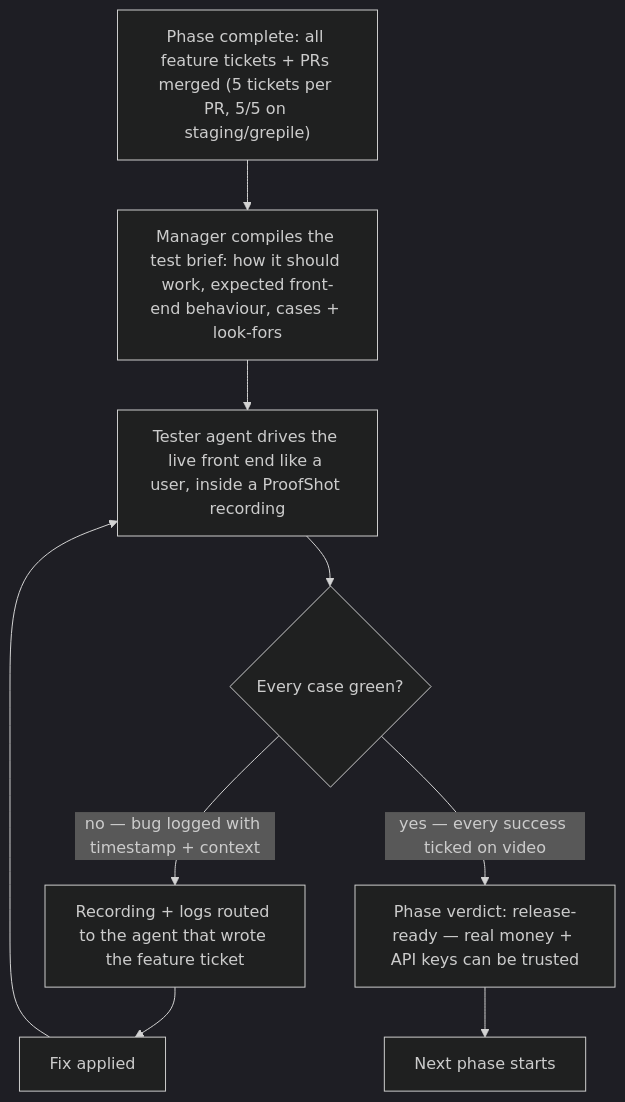
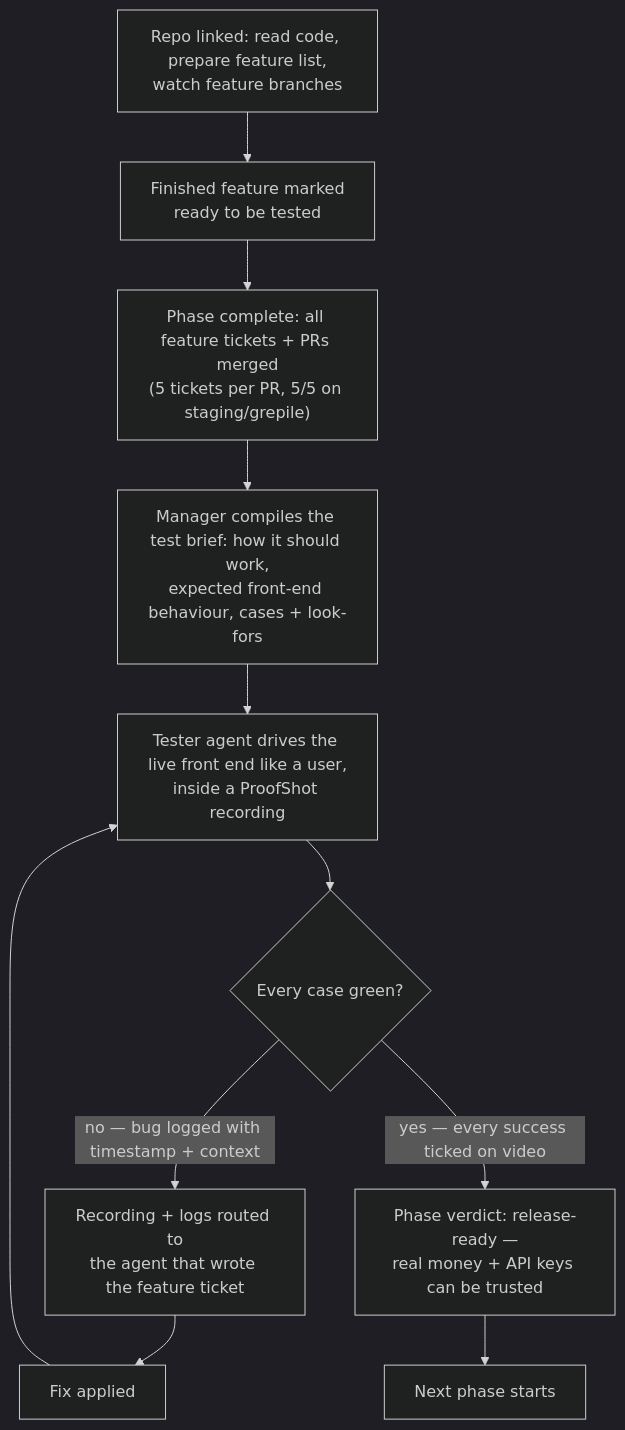
One commit to TR3-AI/idea-slicer changed the first of 2 diagrams in maps/production-user-testing.md. Above: the diagram before and after it, drawn with Mermaid (dark theme). The commit also changed other lines of this file, not shown here.

Commit message:
Slice thought #12: codebase link department (repo ingestion + branch watch + ready-to-test)

````diff
--- a/maps/production-user-testing.md
+++ b/maps/production-user-testing.md
@@ -17,10 +17,12 @@
 ```mermaid
 flowchart TD
-  A["Phase complete: all feature tickets + PRs merged (5 tickets per PR, 5/5 on staging/grepile)"] --> B["Manager compiles the test brief: how it should work, expected front-end behaviour, cases + look-fors"]
-  B --> C["Tester agent drives the live front end like a user, inside a ProofShot recording"]
+  R["Repo linked: read code, prepare feature list,<br>watch feature branches"] --> RT["Finished feature marked<br>ready to be tested"]
+  RT --> A["Phase complete: all feature tickets + PRs merged<br>(5 tickets per PR, 5/5 on staging/grepile)"]
+  A --> B["Manager compiles the test brief: how it should work,<br>expected front-end behaviour, cases + look-fors"]
+  B --> C["Tester agent drives the live front end like a user,<br>inside a ProofShot recording"]
   C --> D{"Every case green?"}
-  D -- "no — bug logged with timestamp + context" --> E["Recording + logs routed to the agent that wrote the feature ticket"]
+  D -- "no — bug logged with timestamp + context" --> E["Recording + logs routed to<br>the agent that wrote the feature ticket"]
   E --> F["Fix applied"] --> C
-  D -- "yes — every success ticked on video" --> G["Phase verdict: release-ready — real money + API keys can be trusted"]
+  D -- "yes — every success ticked on video" --> G["Phase verdict: release-ready —<br>real money + API keys can be trusted"]
   G --> H["Next phase starts"]
 ```
````
